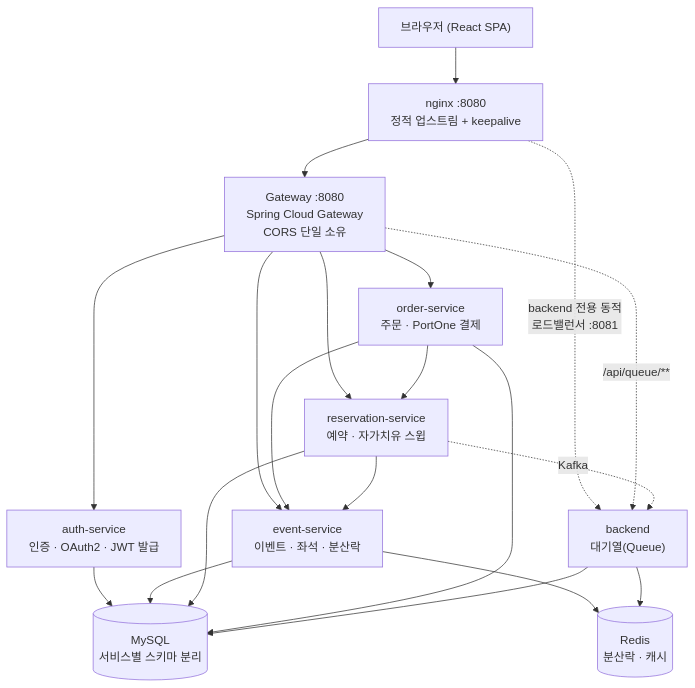
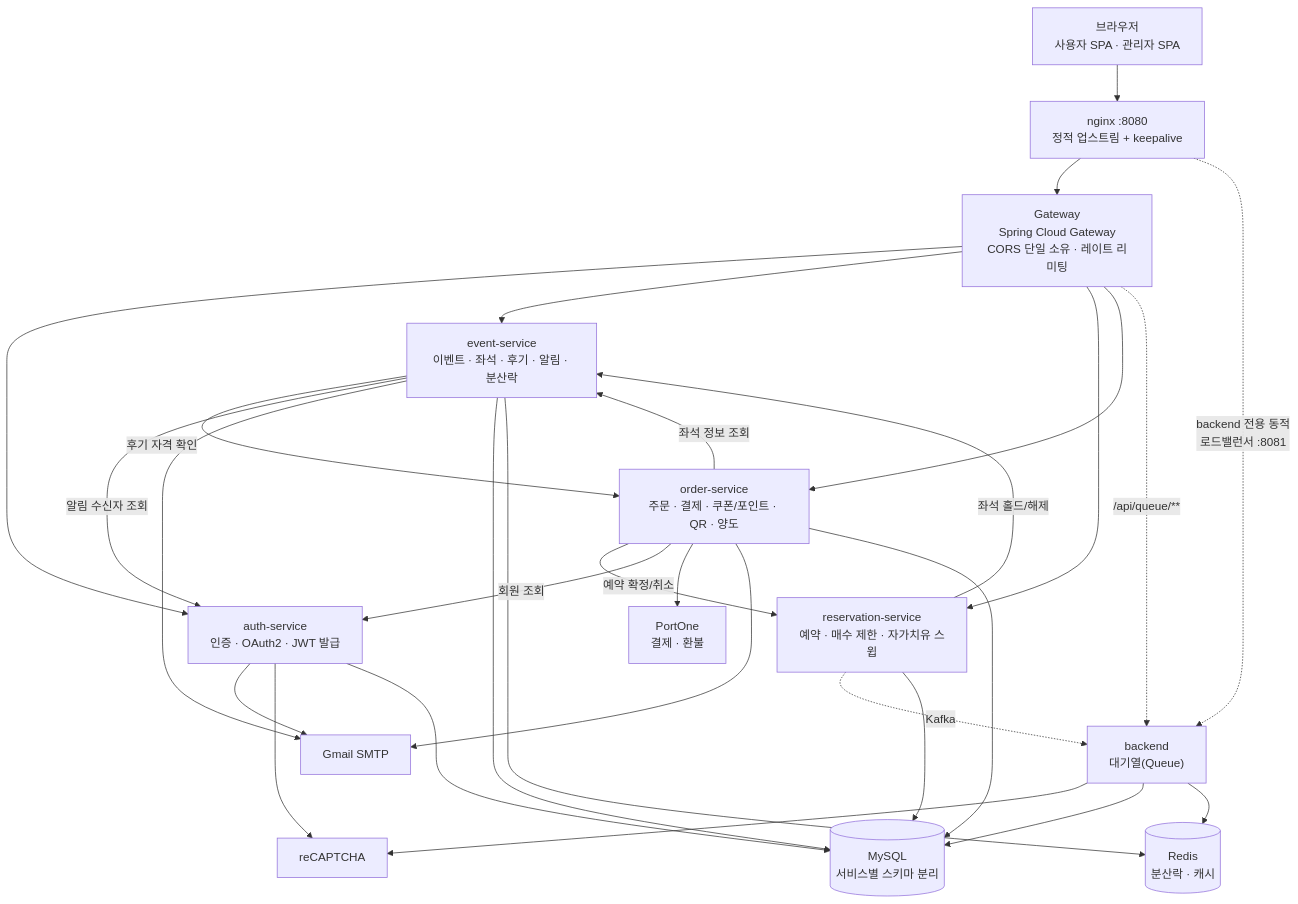
The diagram in README.md (hongjiho5148/ticketing-service), drawn with Mermaid before and after one commit. The commit also changed other lines of this file, not shown here.

Commit message:
README에 쿠폰·QR·양도·알림·관리자·봇 방어 등 현재 기능과 설계 포인트 반영

````diff
--- a/README.md
+++ b/README.md
@@ -12,29 +23,39 @@
 ```mermaid
 flowchart TB
-    Client["브라우저 (React SPA)"]
+    Client["브라우저\n사용자 SPA · 관리자 SPA"]
     Nginx["nginx :8080\n정적 업스트림 + keepalive"]
-    Gateway["Gateway :8080\nSpring Cloud Gateway\nCORS 단일 소유"]
+    Gateway["Gateway\nSpring Cloud Gateway\nCORS 단일 소유 · 레이트 리미팅"]
 
     Client --> Nginx
     Nginx --> Gateway
     Nginx -. "backend 전용 동적\n로드밸런서 :8081" .-> Backend
 
     Gateway --> Auth["auth-service\n인증 · OAuth2 · JWT 발급"]
-    Gateway --> Event["event-service\n이벤트 · 좌석 · 분산락"]
-    Gateway --> Reservation["reservation-service\n예약 · 자가치유 스윕"]
-    Gateway --> Order["order-service\n주문 · PortOne 결제"]
+    Gateway --> Event["event-service\n이벤트 · 좌석 · 후기 · 알림 · 분산락"]
+    Gateway --> Reservation["reservation-service\n예약 · 매수 제한 · 자가치유 스윕"]
+    Gateway --> Order["order-service\n주문 · 결제 · 쿠폰/포인트 · QR · 양도"]
     Gateway -. "/api/queue/**" .-> Backend["backend\n대기열(Queue)"]
 
-    Order --> Event
-    Order --> Reservation
-    Reservation --> Event
+    Order -->|좌석 정보 조회| Event
+    Order -->|예약 확정/취소| Reservation
+    Order -->|회원 조회| Auth
+    Event -->|후기 자격 확인| Order
+    Event -->|알림 수신자 조회| Auth
+    Reservation -->|좌석 홀드/해제| Event
     Reservation -. Kafka .-> Backend
+
+    Order --> PortOne["PortOne\n결제 · 환불"]
+    Auth --> SMTP["Gmail SMTP"]
+    Order --> SMTP
+    Event --> SMTP
+    Auth --> Captcha["reCAPTCHA"]
+    Backend --> Captcha
 
     Auth --> MySQL[("MySQL\n서비스별 스키마 분리")]
     Event --> MySQL
     Event --> Redis[("Redis\n분산락 · 캐시")]
     Reservation --> MySQL
     Order --> MySQL
     Backend --> MySQL
     Backend --> Redis
 ```
````
